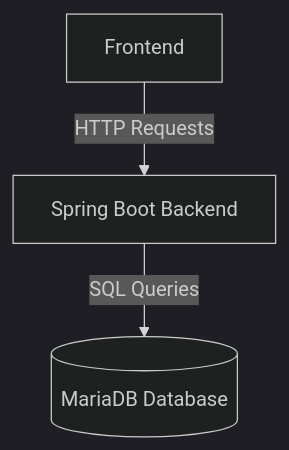
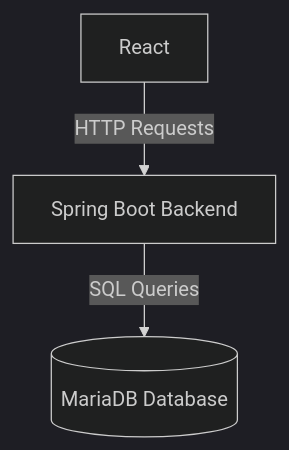
The diagram in diagram/test.md (SamuliLam/BookstoreFront), drawn with Mermaid (dark theme) before and after one commit.

````diff
--- a/diagram/test.md
+++ b/diagram/test.md
@@ -1,5 +1,5 @@
 ```mermaid
 graph TD
-    Frontend -->|HTTP Requests| Backend[Spring Boot Backend]
+    Frontend[React] -->|HTTP Requests| Backend[Spring Boot Backend]
     Backend -->|SQL Queries| Database[(MariaDB Database)]
 ```
````
